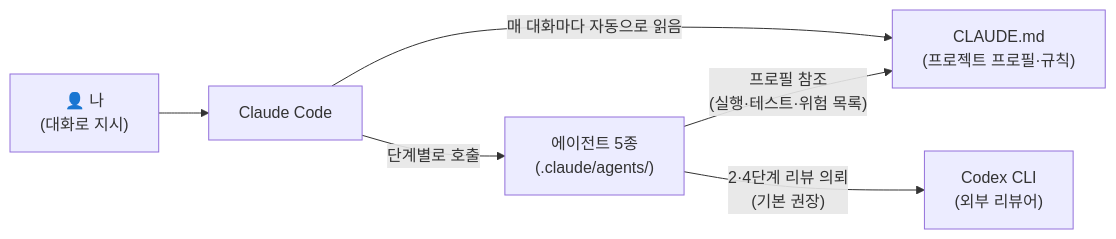
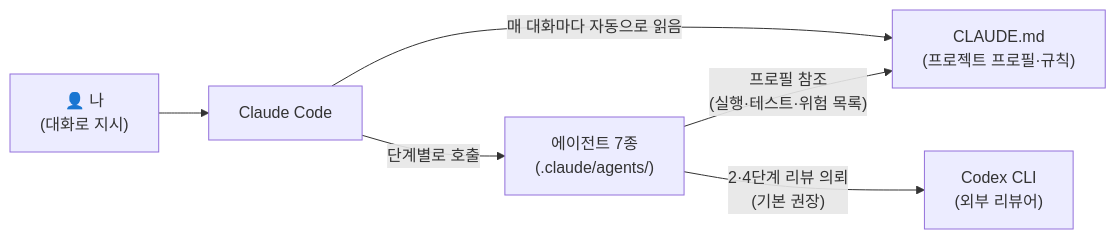
One commit to solution194560/claude-dev-standard changed the first of 3 diagrams in README.md. Above: the diagram before and after it, drawn with Mermaid. The commit also changed other lines of this file and 10 other files, not shown here.

````diff
--- a/README.md
+++ b/README.md
@@ -87,8 +88,8 @@
 ```mermaid
 flowchart LR
     U["👤 나<br/>(대화로 지시)"] --> CC["Claude Code"]
     CC -->|"매 대화마다 자동으로 읽음"| CM["CLAUDE.md<br/>(프로젝트 프로필·규칙)"]
-    CC -->|"단계별로 호출"| AG["에이전트 5종<br/>(.claude/agents/)"]
+    CC -->|"단계별로 호출"| AG["에이전트 7종<br/>(.claude/agents/)"]
     AG -->|"프로필 참조<br/>(실행·테스트·위험 목록)"| CM
     AG -->|"2·4단계 리뷰 의뢰<br/>(기본 권장)"| CX["Codex CLI<br/>(외부 리뷰어)"]
 ```
````
